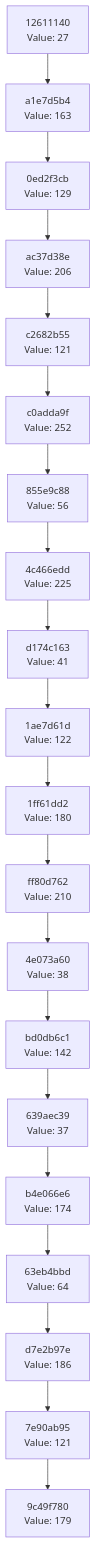
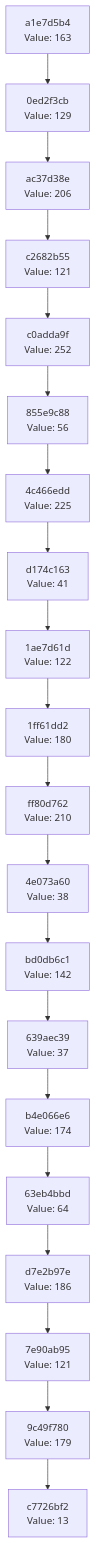
Before and after one commit to Abhisheksinha1506/hash-chain-evolver: the diagram in docs/CHAIN_VISUALIZATION.md, drawn with Mermaid. The commit also changed 1 other file, not shown here.

Commit message:
Evolution step: hash 0x0D → action executed

````diff
--- a/docs/CHAIN_VISUALIZATION.md
+++ b/docs/CHAIN_VISUALIZATION.md
@@ -3,42 +3,42 @@
 ```mermaid
 graph TD
-    C0["9c49f780<br/>Value: 179"]
-    C1["7e90ab95<br/>Value: 121"]
+    C0["c7726bf2<br/>Value: 13"]
+    C1["9c49f780<br/>Value: 179"]
     C1 --> C0
-    C2["d7e2b97e<br/>Value: 186"]
+    C2["7e90ab95<br/>Value: 121"]
     C2 --> C1
-    C3["63eb4bbd<br/>Value: 64"]
+    C3["d7e2b97e<br/>Value: 186"]
     C3 --> C2
-    C4["b4e066e6<br/>Value: 174"]
+    C4["63eb4bbd<br/>Value: 64"]
     C4 --> C3
-    C5["639aec39<br/>Value: 37"]
+    C5["b4e066e6<br/>Value: 174"]
     C5 --> C4
-    C6["bd0db6c1<br/>Value: 142"]
+    C6["639aec39<br/>Value: 37"]
     C6 --> C5
-    C7["4e073a60<br/>Value: 38"]
+    C7["bd0db6c1<br/>Value: 142"]
     C7 --> C6
-    C8["ff80d762<br/>Value: 210"]
+    C8["4e073a60<br/>Value: 38"]
     C8 --> C7
-    C9["1ff61dd2<br/>Value: 180"]
+    C9["ff80d762<br/>Value: 210"]
     C9 --> C8
-    C10["1ae7d61d<br/>Value: 122"]
+    C10["1ff61dd2<br/>Value: 180"]
     C10 --> C9
-    C11["d174c163<br/>Value: 41"]
+    C11["1ae7d61d<br/>Value: 122"]
     C11 --> C10
-    C12["4c466edd<br/>Value: 225"]
+    C12["d174c163<br/>Value: 41"]
     C12 --> C11
-    C13["855e9c88<br/>Value: 56"]
+    C13["4c466edd<br/>Value: 225"]
     C13 --> C12
-    C14["c0adda9f<br/>Value: 252"]
+    C14["855e9c88<br/>Value: 56"]
     C14 --> C13
-    C15["c2682b55<br/>Value: 121"]
+    C15["c0adda9f<br/>Value: 252"]
     C15 --> C14
-    C16["ac37d38e<br/>Value: 206"]
+    C16["c2682b55<br/>Value: 121"]
     C16 --> C15
-    C17["0ed2f3cb<br/>Value: 129"]
+    C17["ac37d38e<br/>Value: 206"]
     C17 --> C16
-    C18["a1e7d5b4<br/>Value: 163"]
+    C18["0ed2f3cb<br/>Value: 129"]
     C18 --> C17
-    C19["12611140<br/>Value: 27"]
+    C19["a1e7d5b4<br/>Value: 163"]
     C19 --> C18
 ```
````
